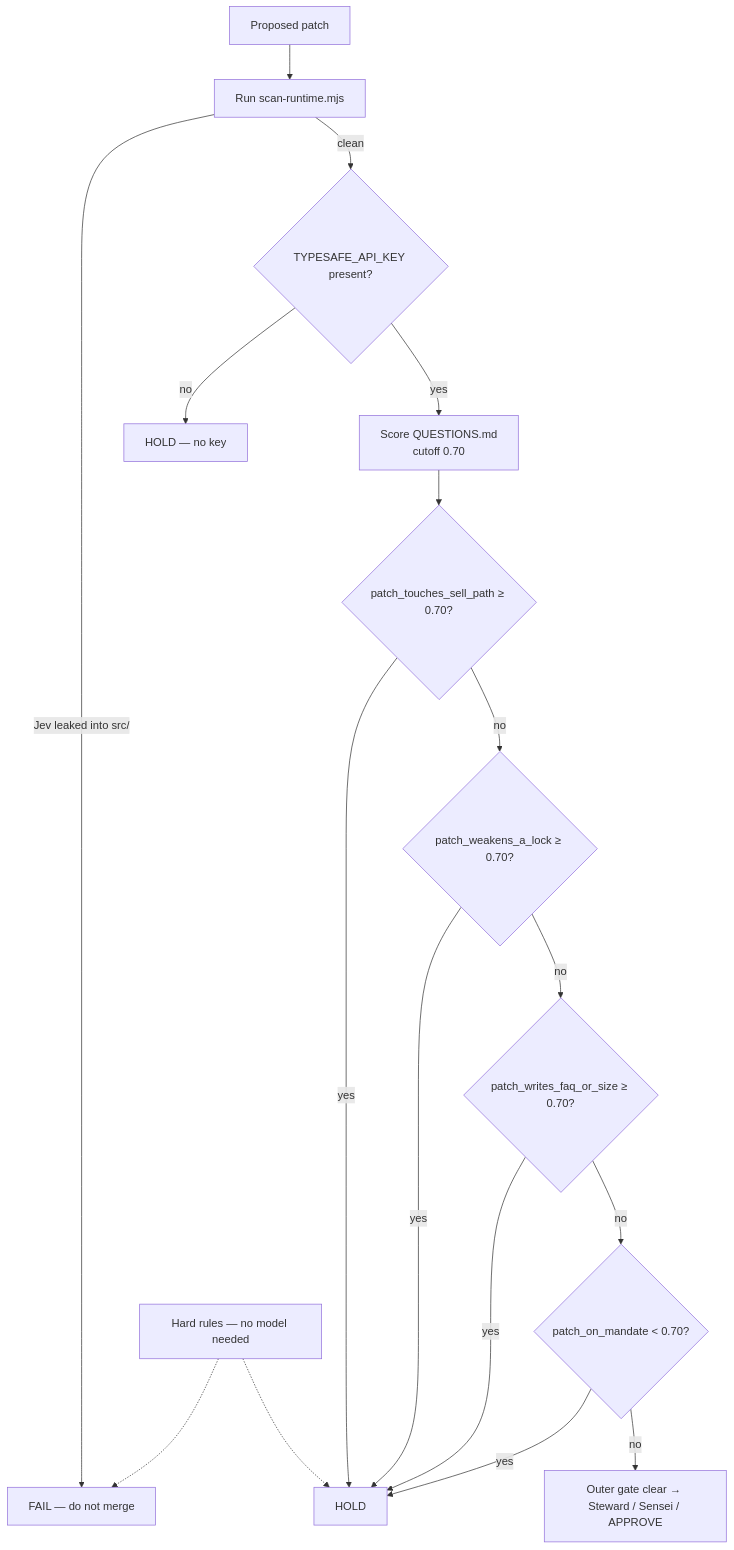
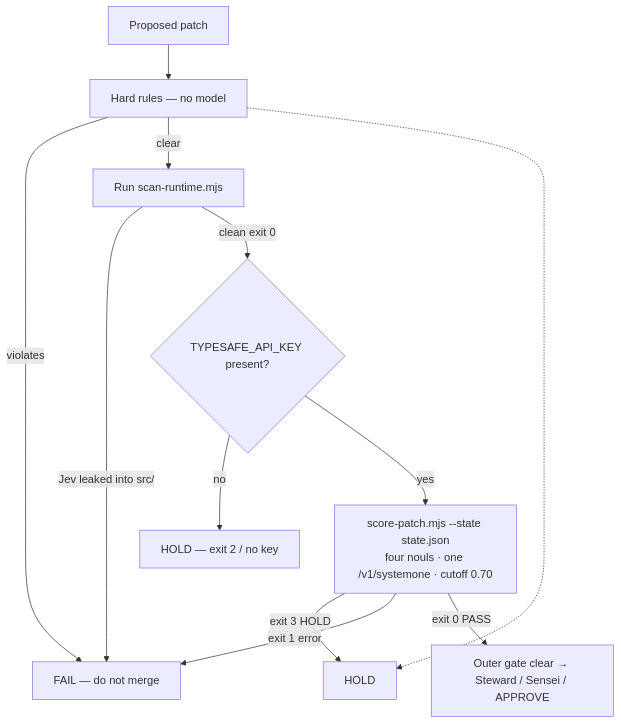
One commit to S1R1US-AI/lab3-visible-sandbox changed the diagram in ops/sensei/flows/04-outer-jev-patch-gate.md. Above: the diagram before and after it, drawn with Mermaid. The commit also changed other lines of this file and 16 other files, not shown here.

First line of the commit message:
docs(sensei): Lab 3 bot workflow diagrams, ROADMAP, search schema, instrumentation (#11)

````diff
--- a/ops/sensei/flows/04-outer-jev-patch-gate.md
+++ b/ops/sensei/flows/04-outer-jev-patch-gate.md
@@ -5,20 +5,15 @@
 ```mermaid
 flowchart TB
-  P[Proposed patch] --> S["Run scan-runtime.mjs"]
-  S -->|Jev leaked into src/| FAIL[FAIL — do not merge]
-  S -->|clean| K{TYPESAFE_API_KEY present?}
-  K -->|no| HOLD[HOLD — no key]
-  K -->|yes| Q[Score QUESTIONS.md<br/>cutoff 0.70]
-  Q --> H1{patch_touches_sell_path ≥ 0.70?}
-  H1 -->|yes| HOLD2[HOLD]
-  H1 -->|no| H2{patch_weakens_a_lock ≥ 0.70?}
-  H2 -->|yes| HOLD2
-  H2 -->|no| H3{patch_writes_faq_or_size ≥ 0.70?}
-  H3 -->|yes| HOLD2
-  H3 -->|no| H4{patch_on_mandate < 0.70?}
-  H4 -->|yes| HOLD2
-  H4 -->|no| OK[Outer gate clear → Steward / Sensei / APPROVE]
+  P[Proposed patch] --> HARD[Hard rules — no model]
+  HARD -->|violates| FAIL[FAIL — do not merge]
+  HARD -->|clear| S["Run scan-runtime.mjs"]
+  S -->|Jev leaked into src/| FAIL
+  S -->|clean exit 0| K{TYPESAFE_API_KEY present?}
+  K -->|no| HOLD[HOLD — exit 2 / no key]
+  K -->|yes| Q["score-patch.mjs --state state.json<br/>four nouls · one /v1/systemone · cutoff 0.70"]
+  Q -->|exit 3 HOLD| HOLD2[HOLD]
+  Q -->|exit 1 error| FAIL
+  Q -->|exit 0 PASS| OK[Outer gate clear → Steward / Sensei / APPROVE]
 
-  HARD[Hard rules — no model needed] -.-> FAIL
   HARD -.-> HOLD2
 ```
````
